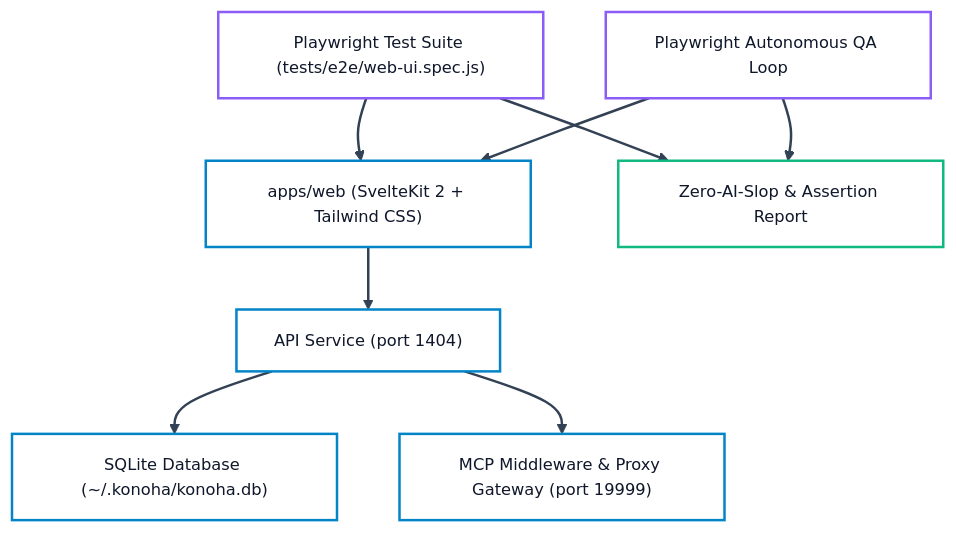
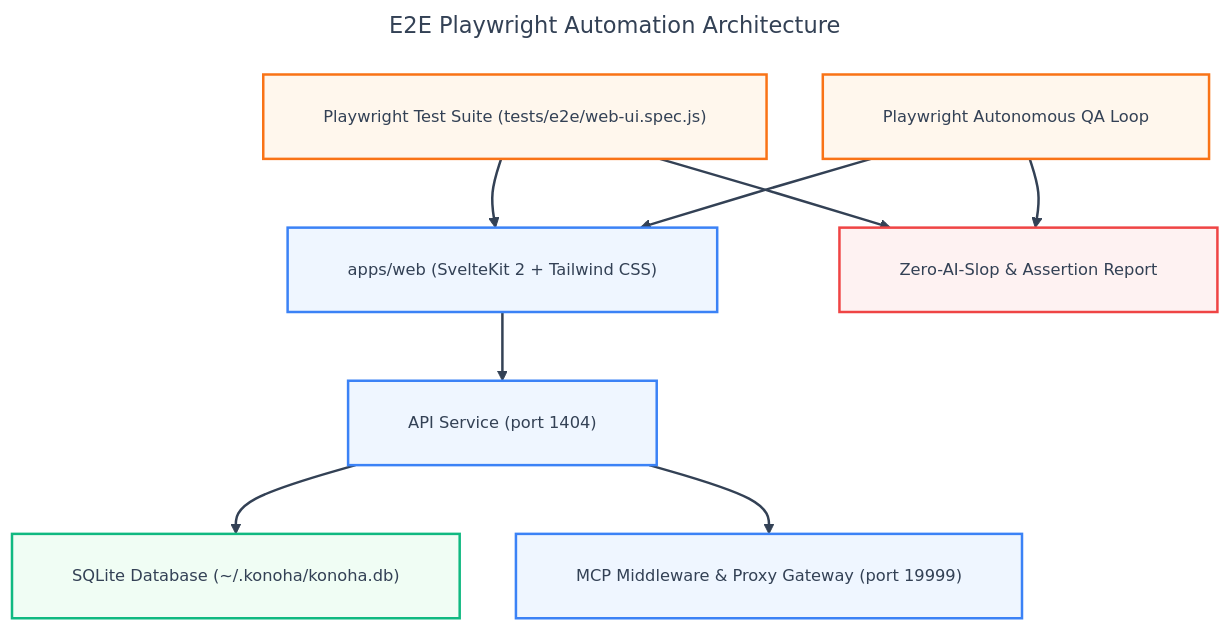
Before and after one commit to andycungkrinx91/konoha: the diagram in docs/QA-TEST-CHECKLIST.md, drawn with Mermaid. The commit also changed other lines of this file and 136 other files, not shown here.

````diff
--- a/docs/QA-TEST-CHECKLIST.md
+++ b/docs/QA-TEST-CHECKLIST.md
@@ -156,34 +156,45 @@
 ```mermaid
 ---
+title: E2E Playwright Automation Architecture
 config:
   theme: base
   themeVariables:
     darkMode: false
     background: '#ffffff'
-    mainBkg: '#ffffff'
-    primaryColor: '#ffffff'
-    primaryTextColor: '#0f172a'
-    primaryBorderColor: '#0284c7'
+    mainBkg: '#eff6ff'
+    primaryColor: '#eff6ff'
+    primaryTextColor: '#334155'
+    primaryBorderColor: '#3b82f6'
     lineColor: '#334155'
     arrowheadColor: '#334155'
+    secondaryColor: '#f8fafc'
+    tertiaryColor: '#f0fdf4'
     fontFamily: 'Inter, system-ui, -apple-system, sans-serif'
     fontSize: '13px'
+  flowchart:
+    nodeSpacing: 45
+    rankSpacing: 55
+    padding: 24
+    wrappingWidth: 380
 ---
 flowchart TD
     W1["apps/web (SvelteKit 2 + Tailwind CSS)"] --> W2["API Service (port 1404)"]
     W2 --> W3["SQLite Database (~/.konoha/konoha.db)"]
     W2 --> W4["MCP Middleware & Proxy Gateway (port 19999)"]
     T1["Playwright Test Suite (tests/e2e/web-ui.spec.js)"] --> W1
     T2["Playwright Autonomous QA Loop"] --> W1
     T1 --> R1["Zero-AI-Slop & Assertion Report"]
     T2 --> R1
 
     linkStyle default stroke:#334155,stroke-width:2px;
-    style W1 fill:#ffffff,stroke:#0284c7,stroke-width:2px,color:#0f172a;
-    style W2 fill:#ffffff,stroke:#0284c7,stroke-width:2px,color:#0f172a;
-    style W3 fill:#ffffff,stroke:#0284c7,stroke-width:2px,color:#0f172a;
-    style W4 fill:#ffffff,stroke:#0284c7,stroke-width:2px,color:#0f172a;
-    style T1 fill:#ffffff,stroke:#8b5cf6,stroke-width:2px,color:#0f172a;
-    style T2 fill:#ffffff,stroke:#8b5cf6,stroke-width:2px,color:#0f172a;
-    style R1 fill:#ffffff,stroke:#10b981,stroke-width:2px,color:#0f172a;
+
+    classDef blueShape fill:#eff6ff,stroke:#3b82f6,color:#334155,stroke-width:2px;
+    classDef orangeShape fill:#fff7ed,stroke:#f97316,color:#334155,stroke-width:2px;
+    classDef greenShape fill:#f0fdf4,stroke:#10b981,color:#334155,stroke-width:2px;
+    classDef redShape fill:#fef2f2,stroke:#ef4444,color:#334155,stroke-width:2px;
+
+    class W1,W2,W4 blueShape;
+    class T1,T2 orangeShape;
+    class W3 greenShape;
+    class R1 redShape;
 ```
````
